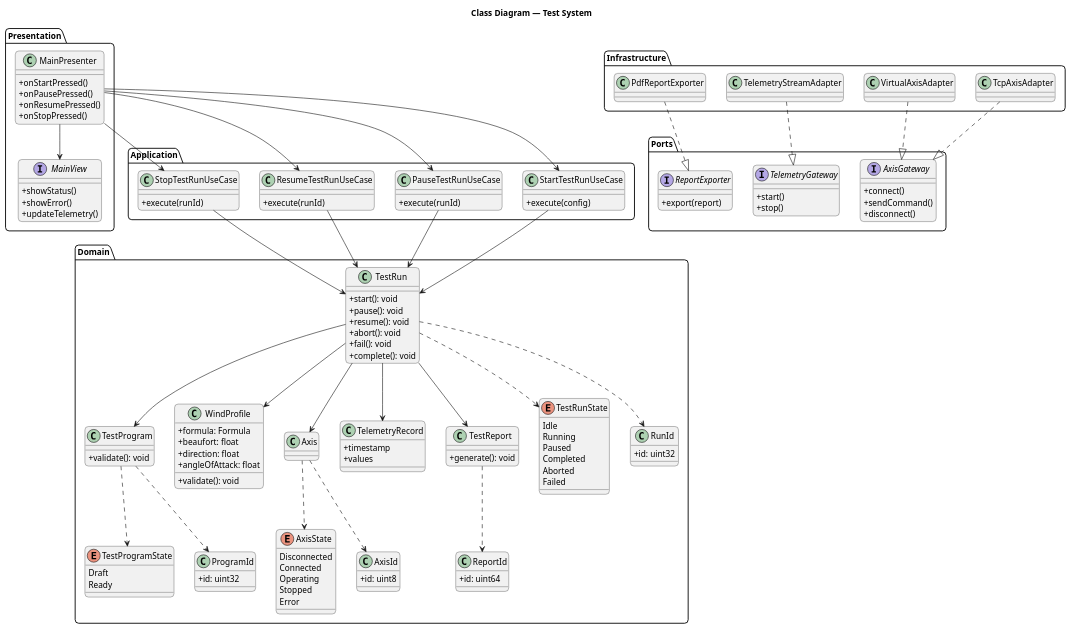
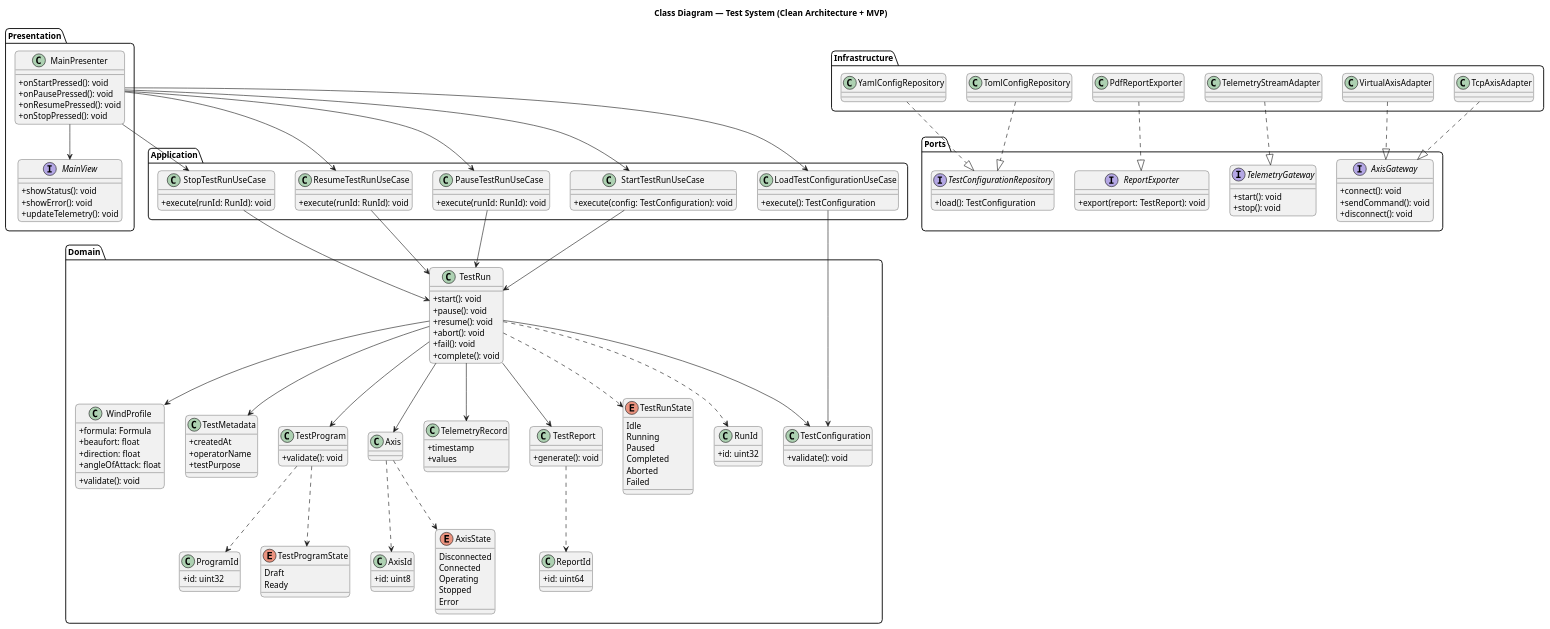
One commit to TarkWight/uas-test-system changed the diagram in docs/diagrams/class-diagram.puml. Above: the diagram before and after it, drawn with PlantUML. The commit also changed 1 other file, not shown here.

Commit message:
? update CD: add metadata

```diff
--- a/docs/diagrams/class-diagram.puml
+++ b/docs/diagrams/class-diagram.puml
@@ -1,5 +1,5 @@
 @startuml
-title Class Diagram — Test System
+title Class Diagram — Test System (Clean Architecture + MVP)
 
 skinparam shadowing false
 skinparam roundcorner 12
@@ -31,8 +31,17 @@
     + validate(): void
   }
 
+  class TestMetadata {
+    + createdAt
+    + operatorName
+    + testPurpose
+  }
+
+  class TestConfiguration {
+    + validate(): void
+  }
+
   class Axis
-
   class TelemetryRecord {
     + timestamp
     + values
@@ -51,7 +60,7 @@
     Failed
   }
 
-  enum AxisState  {
+  enum AxisState {
     Disconnected
     Connected
     Operating
@@ -82,16 +91,19 @@
 
   TestRun --> TestProgram
   TestRun --> WindProfile
+  TestRun --> TestConfiguration
+  TestRun --> TestMetadata
   TestRun --> Axis
   TestRun --> TelemetryRecord
   TestRun --> TestReport
 
   TestProgram ..> TestProgramState
+  TestRun ..> TestRunState
+  Axis ..> AxisState
+
+  TestRun ..> RunId
+  Axis ..> AxisId
   TestProgram ..> ProgramId
-  TestRun ..> TestRunState
-  TestRun ..> RunId
-  Axis ..> AxisState
-  Axis ..> AxisId
   TestReport ..> ReportId
 }
 
@@ -101,45 +113,55 @@
 package "Application" {
 
   class StartTestRunUseCase {
-    +execute(config)
+    + execute(config: TestConfiguration): void
   }
 
   class PauseTestRunUseCase {
-    +execute(runId)
+    + execute(runId: RunId): void
   }
 
   class ResumeTestRunUseCase {
-    +execute(runId)
+    + execute(runId: RunId): void
   }
 
   class StopTestRunUseCase {
-    +execute(runId)
+    + execute(runId: RunId): void
+  }
+
+  class LoadTestConfigurationUseCase {
+    + execute(): TestConfiguration
   }
 
   StartTestRunUseCase --> TestRun
   PauseTestRunUseCase --> TestRun
   ResumeTestRunUseCase --> TestRun
   StopTestRunUseCase --> TestRun
+
+  LoadTestConfigurationUseCase --> TestConfiguration
 }
 
 ' =====================
-' PORTS (INTERFACES)
+' PORTS
 ' =====================
 package "Ports" {
 
   interface AxisGateway {
-    +connect()
-    +sendCommand()
-    +disconnect()
+    + connect(): void
+    + sendCommand(): void
+    + disconnect(): void
   }
 
   interface TelemetryGateway {
-    +start()
-    +stop()
+    + start(): void
+    + stop(): void
   }
 
   interface ReportExporter {
-    +export(report)
+    + export(report: TestReport): void
+  }
+
+  interface TestConfigurationRepository {
+    + load(): TestConfiguration
   }
 }
 
@@ -153,10 +175,16 @@
   class TelemetryStreamAdapter
   class PdfReportExporter
 
+  class TomlConfigRepository
+  class YamlConfigRepository
+
   TcpAxisAdapter ..|> AxisGateway
   VirtualAxisAdapter ..|> AxisGateway
   TelemetryStreamAdapter ..|> TelemetryGateway
   PdfReportExporter ..|> ReportExporter
+
+  TomlConfigRepository ..|> TestConfigurationRepository
+  YamlConfigRepository ..|> TestConfigurationRepository
 }
 
 ' =====================
@@ -165,16 +193,16 @@
 package "Presentation" {
 
   interface MainView {
-    +showStatus()
-    +showError()
-    +updateTelemetry()
+    + showStatus(): void
+    + showError(): void
+    + updateTelemetry(): void
   }
 
   class MainPresenter {
-    +onStartPressed()
-    +onPausePressed()
-    +onResumePressed()
-    +onStopPressed()
+    + onStartPressed(): void
+    + onPausePressed(): void
+    + onResumePressed(): void
+    + onStopPressed(): void
   }
 
   MainPresenter --> MainView
@@ -182,6 +210,7 @@
   MainPresenter --> PauseTestRunUseCase
   MainPresenter --> ResumeTestRunUseCase
   MainPresenter --> StopTestRunUseCase
+  MainPresenter --> LoadTestConfigurationUseCase
 }
 
-@endumla
+@enduml
```
